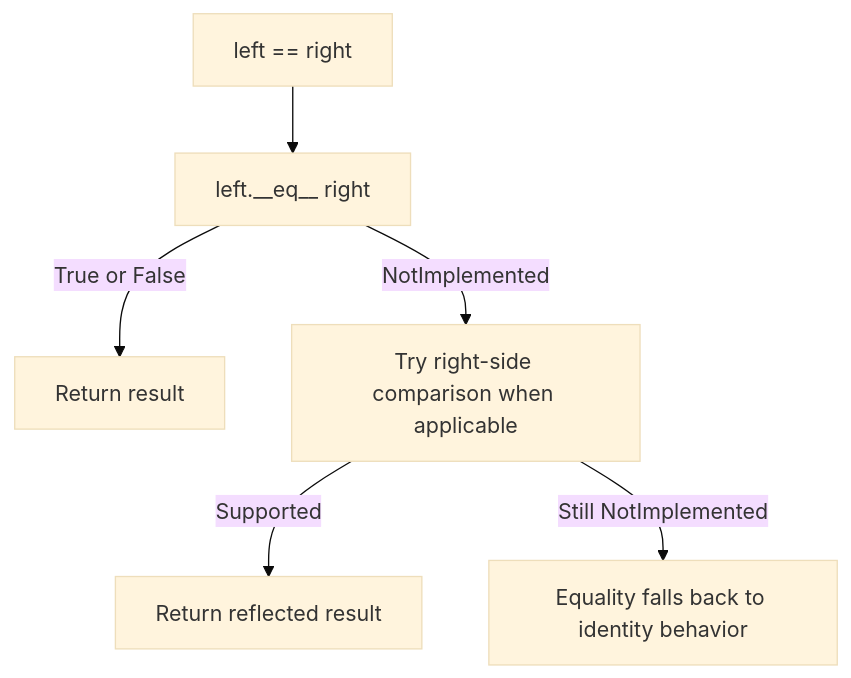
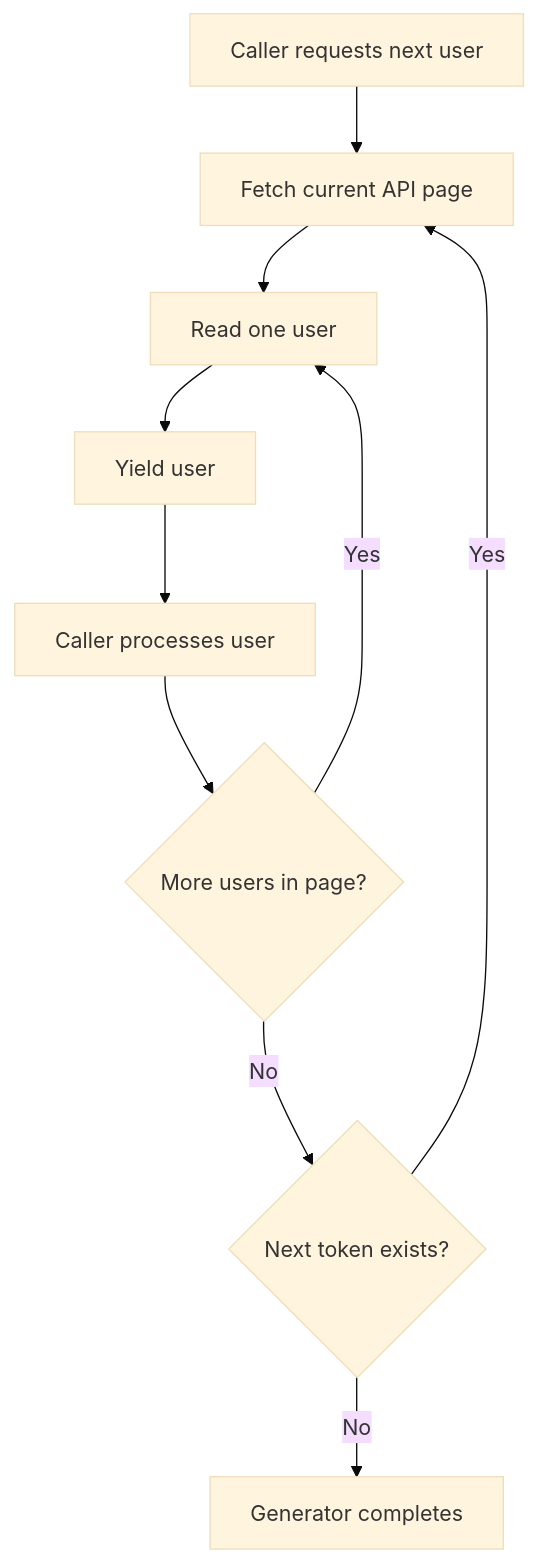
Before and after one commit to AvadhBhalodiya/Interview-Preparation: the third of 4 diagrams in src/content/python/dunder-methods.md, drawn with Mermaid (base theme). The commit also changed other lines of this file and 80 other files, not shown here.

````diff
--- a/src/content/python/dunder-methods.md
+++ b/src/content/python/dunder-methods.md
@@ -543,8 +251,12 @@
 ```mermaid
 flowchart TD
-    A[left == right] --> B[left.__eq__ right]
-    B -->|True or False| C[Return result]
-    B -->|NotImplemented| D[Try right-side comparison when applicable]
-    D -->|Supported| E[Return reflected result]
-    D -->|Still NotImplemented| F[Equality falls back to identity behavior]
+    A[Caller requests next user] --> B[Fetch current API page]
+    B --> C[Read one user]
+    C --> D[Yield user]
+    D --> E[Caller processes user]
+    E --> F{More users in page?}
+    F -->|Yes| C
+    F -->|No| G{Next token exists?}
+    G -->|Yes| B
+    G -->|No| H[Generator completes]
 ```
````
